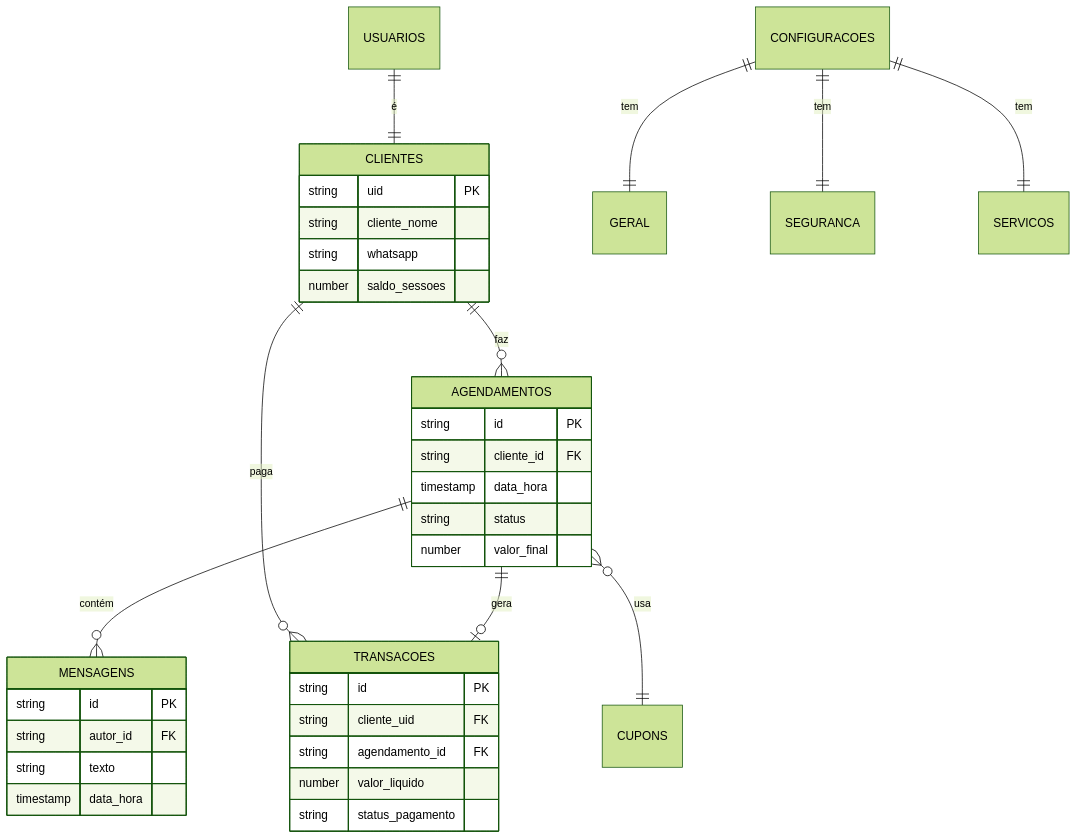
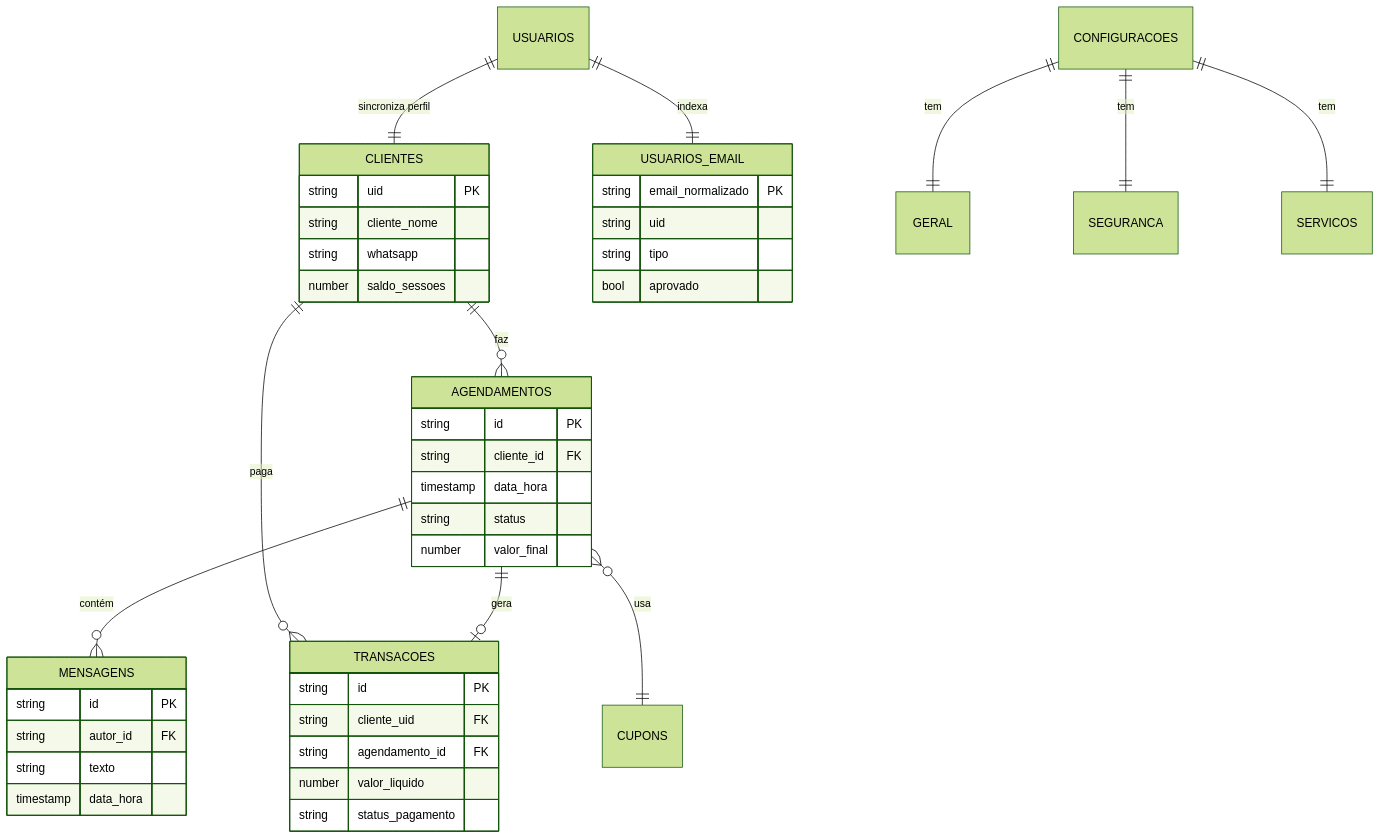
Before and after one commit to AllandreGirodo/sagma: the second of 2 diagrams in ESTRUTURA_FIRESTORE.md, drawn with Mermaid (forest theme). The commit also changed other lines of this file and 11 other files, not shown here.

````diff
--- a/ESTRUTURA_FIRESTORE.md
+++ b/ESTRUTURA_FIRESTORE.md
@@ -513,42 +496,50 @@
 ```mermaid
 erDiagram
     CLIENTES ||--o{ AGENDAMENTOS : "faz"
     CLIENTES ||--o{ TRANSACOES : "paga"
     AGENDAMENTOS ||--o{ MENSAGENS : "contém"
     AGENDAMENTOS ||--o| TRANSACOES : "gera"
     AGENDAMENTOS }o--|| CUPONS : "usa"
-    USUARIOS ||--|| CLIENTES : "é"
+    USUARIOS ||--|| USUARIOS_EMAIL : "indexa"
+    USUARIOS ||--|| CLIENTES : "sincroniza perfil"
     CONFIGURACOES ||--|| GERAL : "tem"
     CONFIGURACOES ||--|| SEGURANCA : "tem"
     CONFIGURACOES ||--|| SERVICOS : "tem"
     
     CLIENTES {
         string uid PK
         string cliente_nome
         string whatsapp
         number saldo_sessoes
     }
     
     AGENDAMENTOS {
         string id PK
         string cliente_id FK
         timestamp data_hora
         string status
         number valor_final
     }
     
     TRANSACOES {
         string id PK
         string cliente_uid FK
         string agendamento_id FK
         number valor_liquido
         string status_pagamento
     }
+
+    USUARIOS_EMAIL {
+      string email_normalizado PK
+      string uid
+      string tipo
+      bool aprovado
+    }
     
     MENSAGENS {
         string id PK
         string autor_id FK
         string texto
         timestamp data_hora
     }
 ```
````
